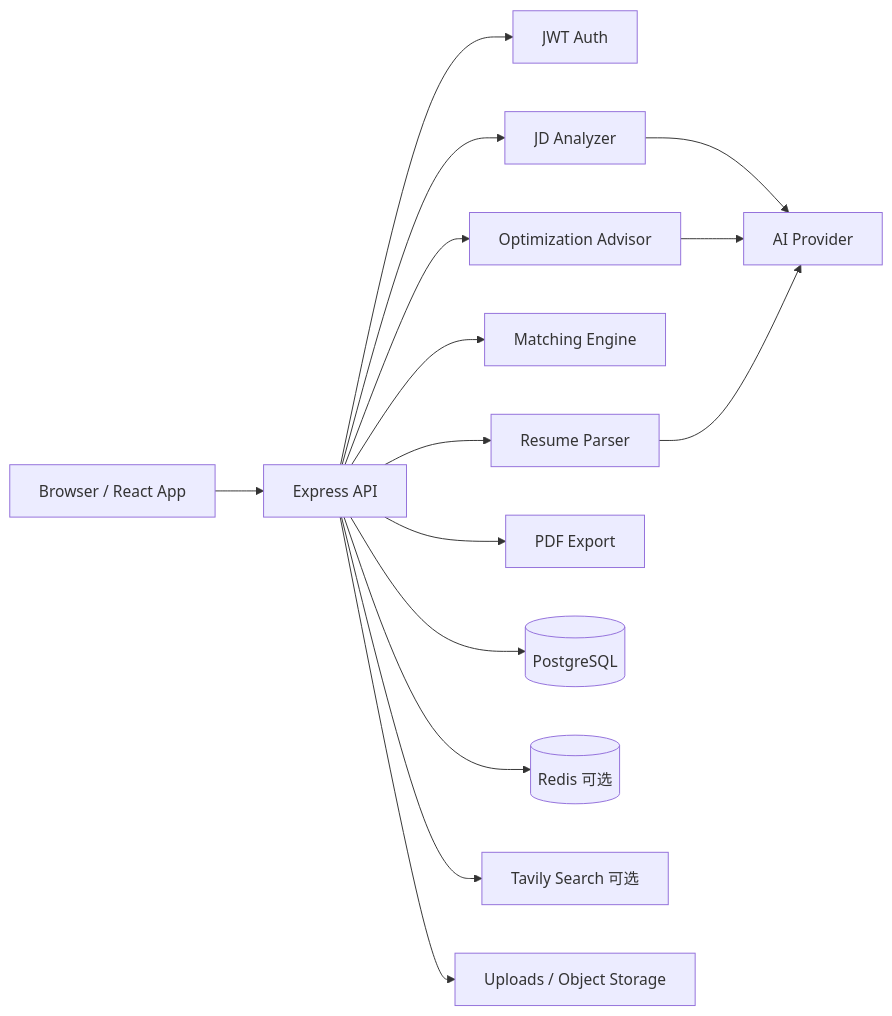
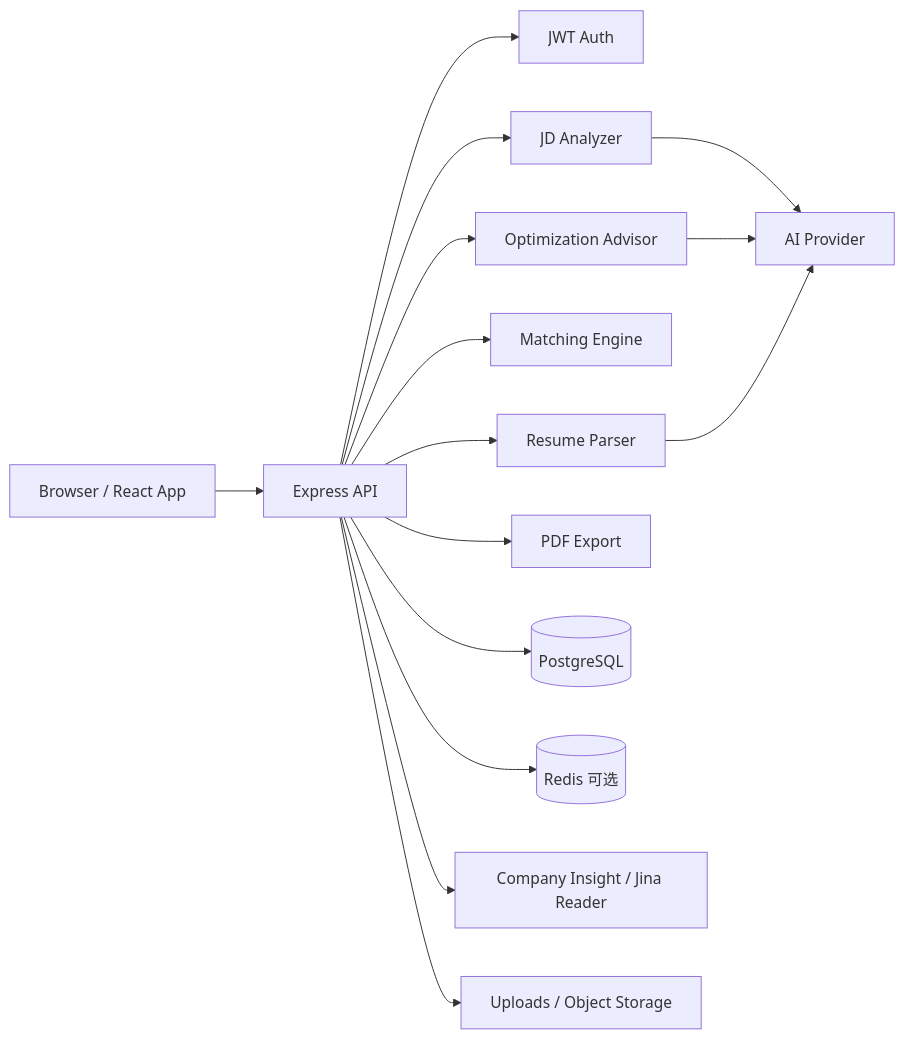
Before and after one commit to uuoov/resume-coach-platform: the diagram in README.md, drawn with Mermaid. The commit also changed other lines of this file, not shown here.

Commit message:
docs: align README with current company insight implementation

````diff
--- a/README.md
+++ b/README.md
@@ -52,17 +52,17 @@
 ```mermaid
 flowchart LR
   Browser["Browser / React App"] --> API["Express API"]
   API --> Auth["JWT Auth"]
   API --> Parser["Resume Parser"]
   API --> Analyzer["JD Analyzer"]
   API --> Matcher["Matching Engine"]
   API --> Optimizer["Optimization Advisor"]
   API --> PDF["PDF Export"]
   API --> DB[("PostgreSQL")]
   API --> Redis[("Redis 可选")]
-  API --> Search["Tavily Search 可选"]
+  API --> Insight["Company Insight / Jina Reader"]
   API --> Files["Uploads / Object Storage"]
   Analyzer --> AI["AI Provider"]
   Optimizer --> AI
   Parser --> AI
 ```
````
